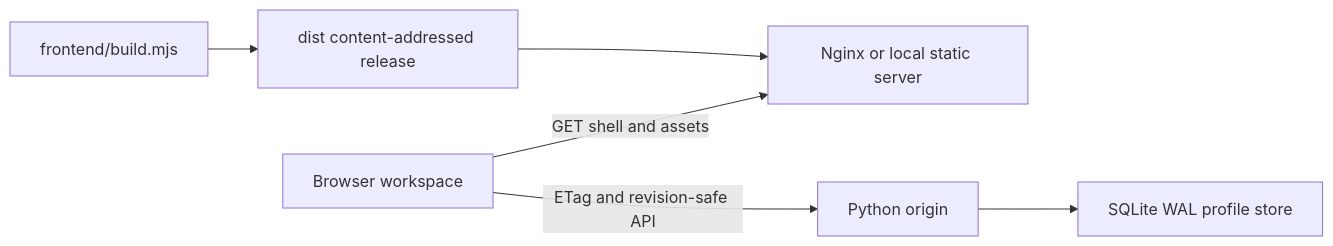
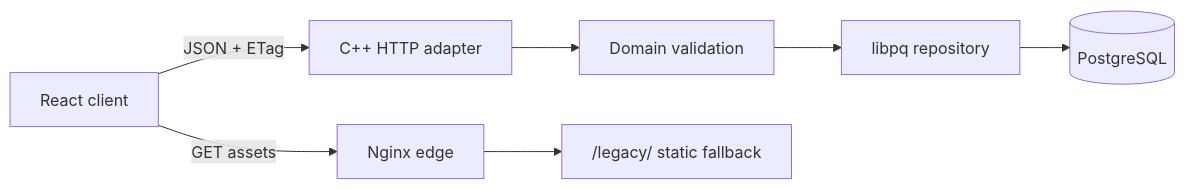
One commit to Juskocode/getOPS changed the diagram in docs/architecture.md. Above: the diagram before and after it, drawn with Mermaid. The commit also changed other lines of this file and 9 other files, not shown here.

Commit message:
docs: describe client server operations

````diff
--- a/docs/architecture.md
+++ b/docs/architecture.md
@@ -23,8 +28,9 @@
 ```mermaid
 flowchart LR
-    Browser["Browser workspace"] -->|GET shell and assets| Edge["Nginx or local static server"]
-    Browser -->|ETag and revision-safe API| Origin["Python origin"]
-    Origin --> Store["SQLite WAL profile store"]
-    Builder["frontend/build.mjs"] --> Release["dist content-addressed release"]
-    Release --> Edge
+    Client["React client"] -->|GET assets| Edge["Nginx edge"]
+    Client -->|JSON + ETag| HTTP["C++ HTTP adapter"]
+    HTTP --> Domain["Domain validation"]
+    Domain --> Repository["libpq repository"]
+    Repository --> Database[("PostgreSQL")]
+    Edge --> Legacy["/legacy/ static fallback"]
 ```
````
